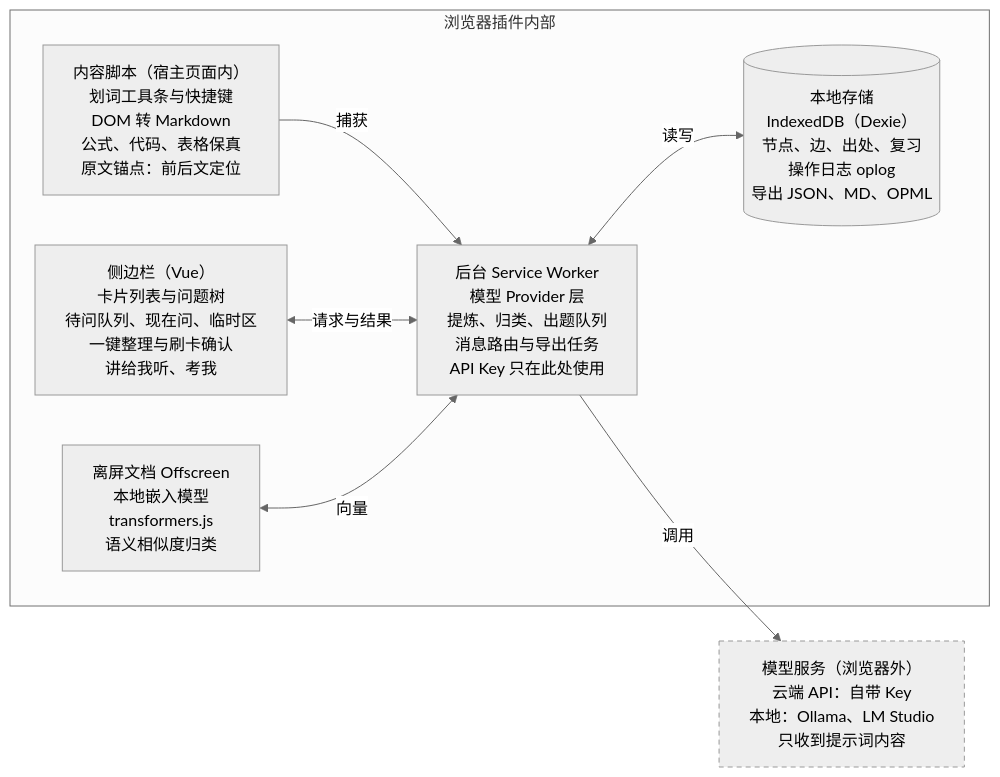
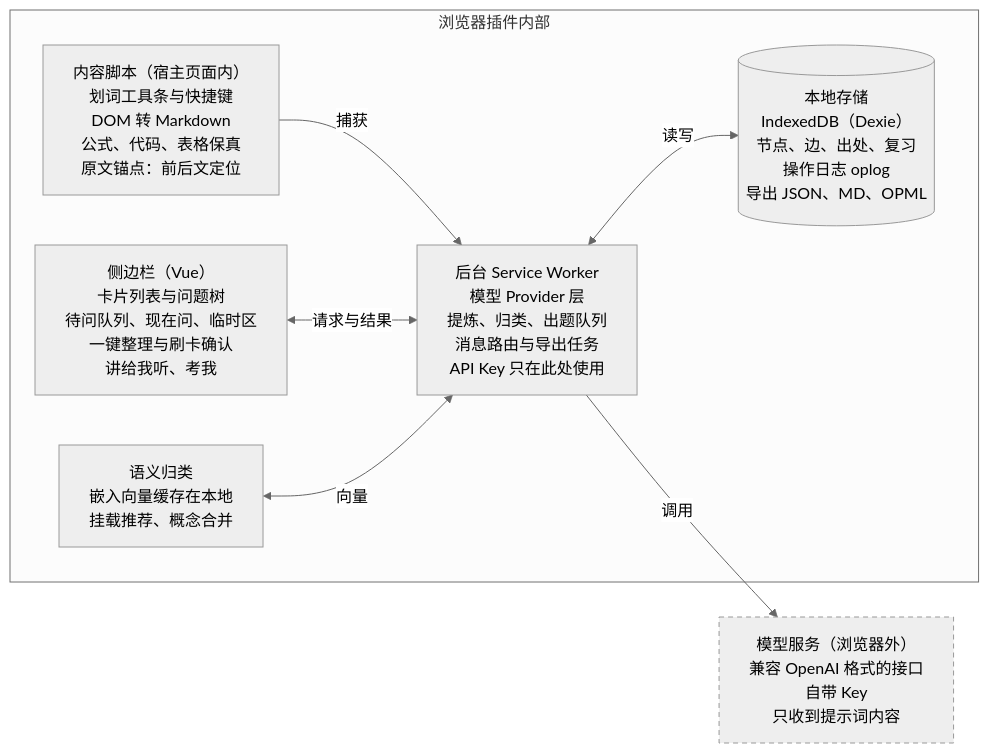
Before and after one commit to shaowenfu/Chat2Know: the diagram in docs/project-plan.md, drawn with Mermaid (neutral theme). The commit also changed other lines of this file and 10 other files, not shown here.

````diff
--- a/docs/project-plan.md
+++ b/docs/project-plan.md
@@ -186,17 +186,17 @@
 ```mermaid
 flowchart LR
   subgraph Browser["浏览器插件内部"]
     CS["内容脚本（宿主页面内）<br/>划词工具条与快捷键<br/>DOM 转 Markdown<br/>公式、代码、表格保真<br/>原文锚点：前后文定位"]
     BG["后台 Service Worker<br/>模型 Provider 层<br/>提炼、归类、出题队列<br/>消息路由与导出任务<br/>API Key 只在此处使用"]
     SP["侧边栏（Vue）<br/>卡片列表与问题树<br/>待问队列、现在问、临时区<br/>一键整理与刷卡确认<br/>讲给我听、考我"]
     ST[("本地存储<br/>IndexedDB（Dexie）<br/>节点、边、出处、复习<br/>操作日志 oplog<br/>导出 JSON、MD、OPML")]
-    OS["离屏文档 Offscreen<br/>本地嵌入模型<br/>transformers.js<br/>语义相似度归类"]
+    OS["语义归类<br/>嵌入向量缓存在本地<br/>挂载推荐、概念合并"]
   end
-  MS["模型服务（浏览器外）<br/>云端 API：自带 Key<br/>本地：Ollama、LM Studio<br/>只收到提示词内容"]
+  MS["模型服务（浏览器外）<br/>兼容 OpenAI 格式的接口<br/>自带 Key<br/>只收到提示词内容"]
   CS -- 捕获 --> BG
   BG -- 调用 --> MS
   BG <-- 读写 --> ST
   SP <-- 请求与结果 --> BG
   OS <-- 向量 --> BG
   style MS stroke-dasharray: 5 4
 ```
````
